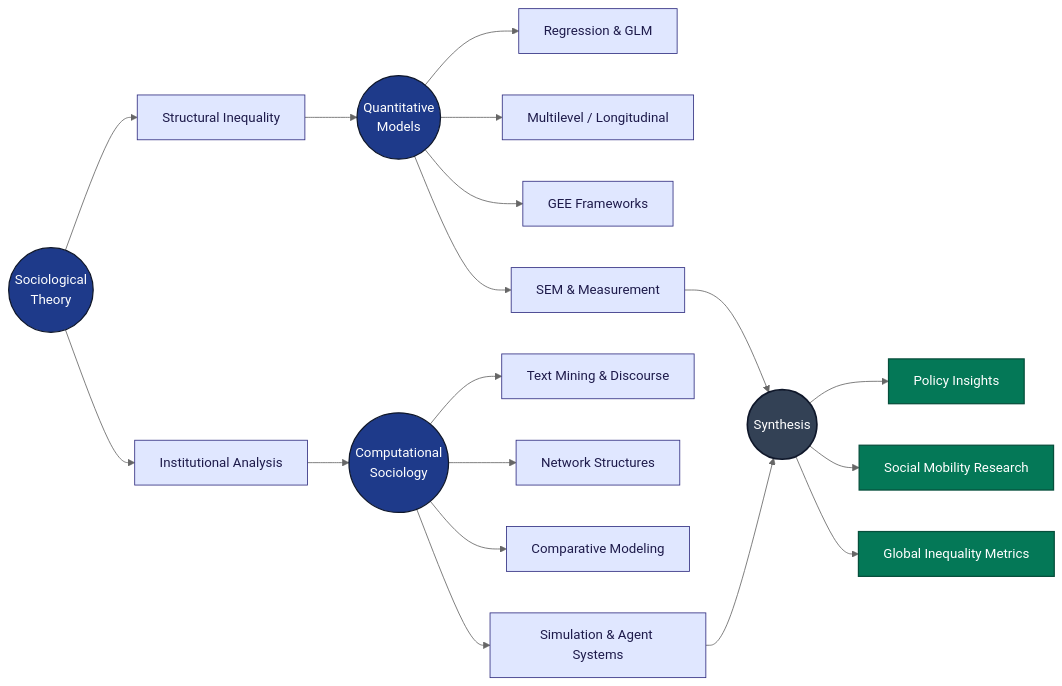
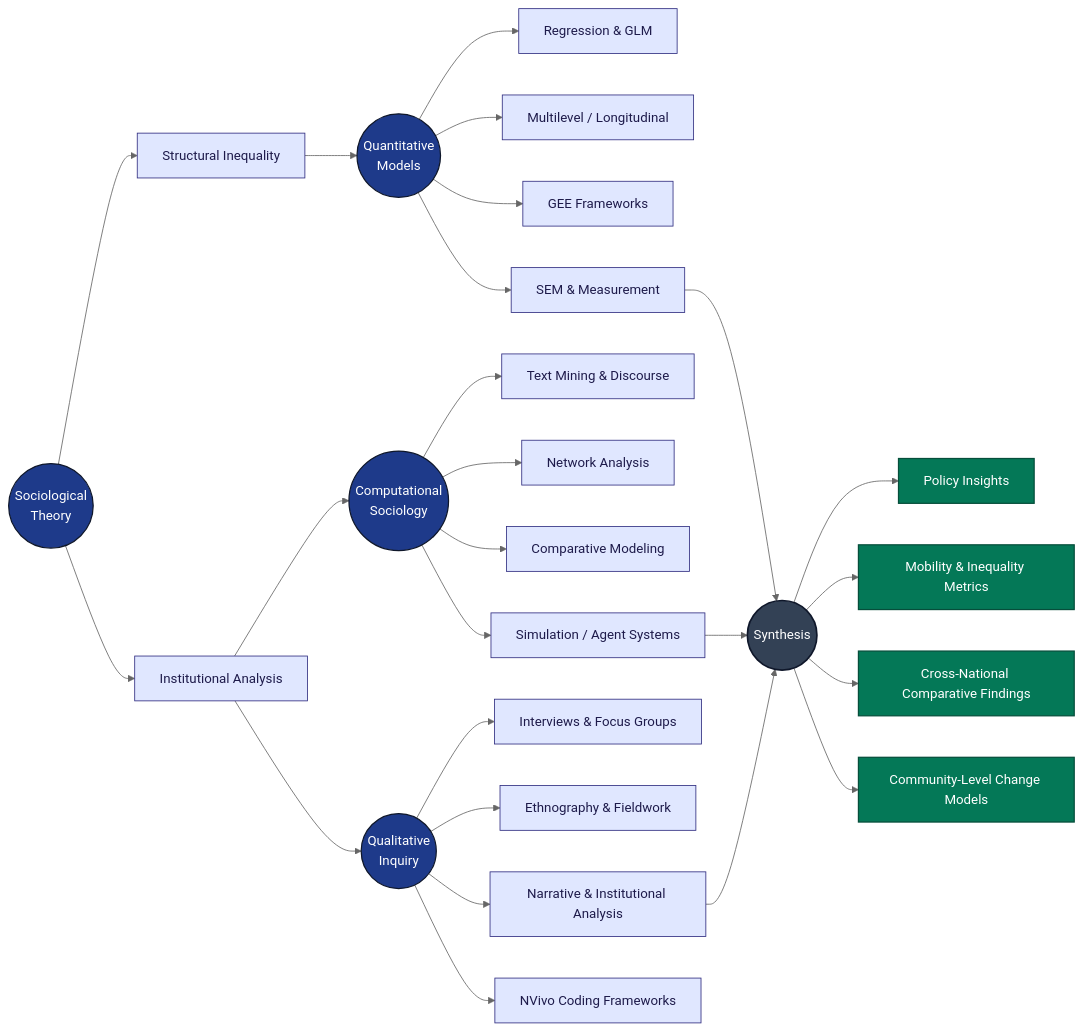
Before and after one commit to fariborzaref/fariborzaref: the diagram in README.md, drawn with Mermaid (neutral theme). The commit also changed other lines of this file, not shown here.

````diff
--- a/README.md
+++ b/README.md
@@ -217,35 +217,45 @@
 ```mermaid
 flowchart LR
+
   %% Core Foundations
   A1((Sociological<br/>Theory)):::core --> A2[Structural Inequality]:::sub
   A1 --> A3[Institutional Analysis]:::sub
 
-  %% Quantitative Arm
-  A2 --> B1((Quantitative<br/>Models)):::core
-  B1 --> B2[Regression & GLM]:::sub
-  B1 --> B3[Multilevel / Longitudinal]:::sub
-  B1 --> B4[GEE Frameworks]:::sub
-  B1 --> B5[SEM & Measurement]:::sub
+  %% Quantitative Branch
+  A2 --> Q1((Quantitative<br/>Models)):::core
+  Q1 --> Q2[Regression & GLM]:::sub
+  Q1 --> Q3[Multilevel / Longitudinal]:::sub
+  Q1 --> Q4[GEE Frameworks]:::sub
+  Q1 --> Q5[SEM & Measurement]:::sub
 
-  %% Computational Arm
+  %% Computational Branch
   A3 --> C1((Computational<br/>Sociology)):::core
   C1 --> C2[Text Mining & Discourse]:::sub
-  C1 --> C3[Network Structures]:::sub
+  C1 --> C3[Network Analysis]:::sub
   C1 --> C4[Comparative Modeling]:::sub
-  C1 --> C5[Simulation & Agent Systems]:::sub
+  C1 --> C5[Simulation / Agent Systems]:::sub
 
-  %% Integration Point
-  B5 --> D((Synthesis)):::fusion
-  C5 --> D
+  %% Qualitative Branch (NEW)
+  A3 --> L1((Qualitative<br/>Inquiry)):::core
+  L1 --> L2[Interviews & Focus Groups]:::sub
+  L1 --> L3[Ethnography & Fieldwork]:::sub
+  L1 --> L4[Narrative & Institutional Analysis]:::sub
+  L1 --> L5[NVivo Coding Frameworks]:::sub
+
+  %% Methodological Integration
+  Q5 --> S((Synthesis)):::fusion
+  C5 --> S
+  L4 --> S
 
   %% Outputs
-  D --> E1[Policy Insights]:::impact
-  D --> E2[Social Mobility Research]:::impact
-  D --> E3[Global Inequality Metrics]:::impact
+  S --> O1[Policy Insights]:::impact
+  S --> O2[Mobility & Inequality Metrics]:::impact
+  S --> O3[Cross-National Comparative Findings]:::impact
+  S --> O4[Community-Level Change Models]:::impact
 
   %% Styles
   classDef core fill:#1e3a8a,color:#fff,stroke:#0f172a,stroke-width:1.5px;
   classDef sub fill:#e0e7ff,color:#1e1b4b,stroke:#312e81;
   classDef fusion fill:#334155,color:#fff,stroke:#0f172a,stroke-width:2px;
   classDef impact fill:#047857,color:#fff,stroke:#064e3b,stroke-width:1.5px;
 ```
````
